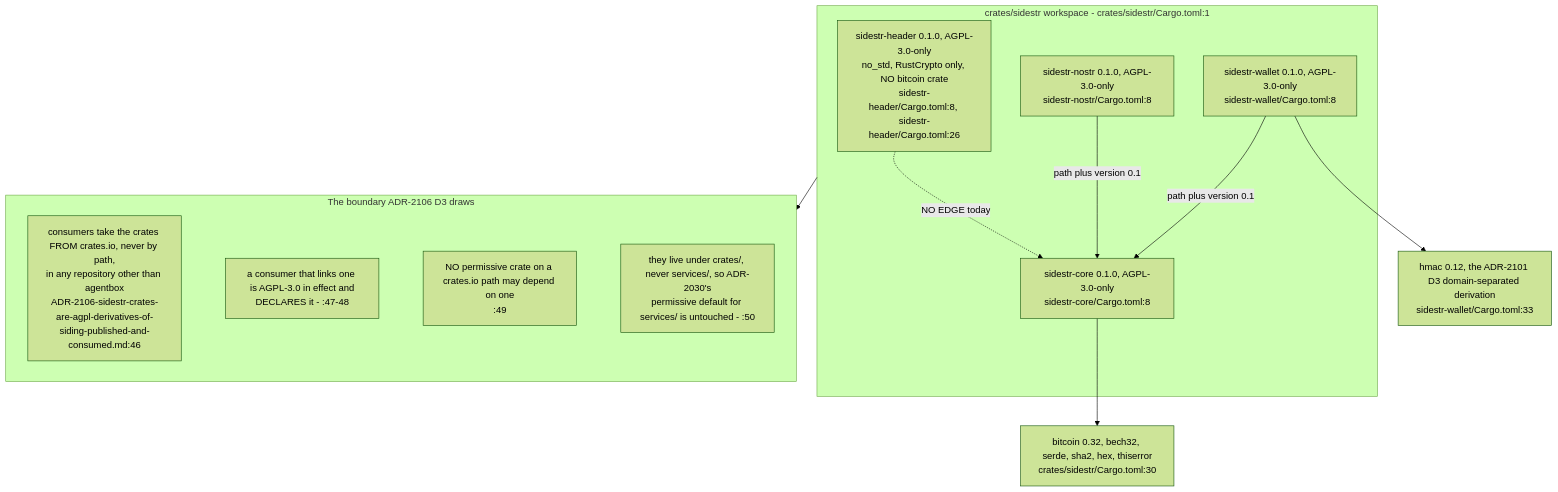
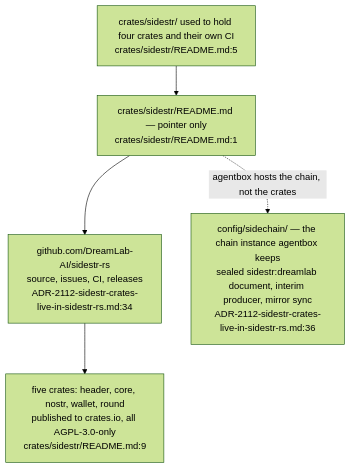
One commit to DreamLab-AI/VisionFlow changed the first of 2 diagrams in docs/diagrams/agentbox/33-sidestr-crates.md. Above: the diagram before and after it, drawn with Mermaid (forest theme). The commit also changed other lines of this file and 136 other files, not shown here.

First line of the commit message:
docs(diagrams): refresh the whole corpus to code HEAD and prune low-value diagrams

````diff
--- a/docs/diagrams/agentbox/33-sidestr-crates.md
+++ b/docs/diagrams/agentbox/33-sidestr-crates.md
@@ -42,22 +29,12 @@
 ```mermaid
 flowchart TB
-    subgraph ws["crates/sidestr workspace - crates/sidestr/Cargo.toml:1"]
-        H["sidestr-header 0.1.0, AGPL-3.0-only<br/>no_std, RustCrypto only, NO bitcoin crate<br/>sidestr-header/Cargo.toml:8, sidestr-header/Cargo.toml:26"]
-        C["sidestr-core 0.1.0, AGPL-3.0-only<br/>sidestr-core/Cargo.toml:8"]
-        N["sidestr-nostr 0.1.0, AGPL-3.0-only<br/>sidestr-nostr/Cargo.toml:8"]
-        W["sidestr-wallet 0.1.0, AGPL-3.0-only<br/>sidestr-wallet/Cargo.toml:8"]
-    end
-    N -->|"path plus version 0.1"| C
-    W -->|"path plus version 0.1"| C
-    H -.->|"NO EDGE today"| C
-    C --> BTC["bitcoin 0.32, bech32, serde, sha2, hex, thiserror<br/>crates/sidestr/Cargo.toml:30"]
-    W --> HM["hmac 0.12, the ADR-2101 D3 domain-separated derivation<br/>sidestr-wallet/Cargo.toml:33"]
-    subgraph rule["The boundary ADR-2106 D3 draws"]
-        R1["consumers take the crates FROM crates.io, never by path,<br/>in any repository other than agentbox<br/>ADR-2106-sidestr-crates-are-agpl-derivatives-of-siding-published-and-consumed.md:46"]
-        R2["a consumer that links one is AGPL-3.0 in effect and<br/>DECLARES it - :47-48"]
-        R3["NO permissive crate on a crates.io path may depend on one<br/>:49"]
-        R4["they live under crates/, never services/, so ADR-2030's<br/>permissive default for services/ is untouched - :50"]
-        R1 ~~~ R2 ~~~ R3 ~~~ R4
-    end
-    ws --> rule
+    OLD["crates/sidestr/ used to hold four crates and their own CI<br/>crates/sidestr/README.md:5"]
+    PTR["crates/sidestr/README.md — pointer only<br/>crates/sidestr/README.md:1"]
+    REPO["github.com/DreamLab-AI/sidestr-rs<br/>source, issues, CI, releases<br/>ADR-2112-sidestr-crates-live-in-sidestr-rs.md:34"]
+    FIVE["five crates: header, core, nostr, wallet, round<br/>published to crates.io, all AGPL-3.0-only<br/>crates/sidestr/README.md:9"]
+    CHAIN["config/sidechain/ — the chain instance agentbox keeps<br/>sealed sidestr:dreamlab document, interim producer, mirror sync<br/>ADR-2112-sidestr-crates-live-in-sidestr-rs.md:36"]
+    OLD --> PTR
+    PTR --> REPO
+    REPO --> FIVE
+    PTR -.->|"agentbox hosts the chain, not the crates"| CHAIN
 ```
````
